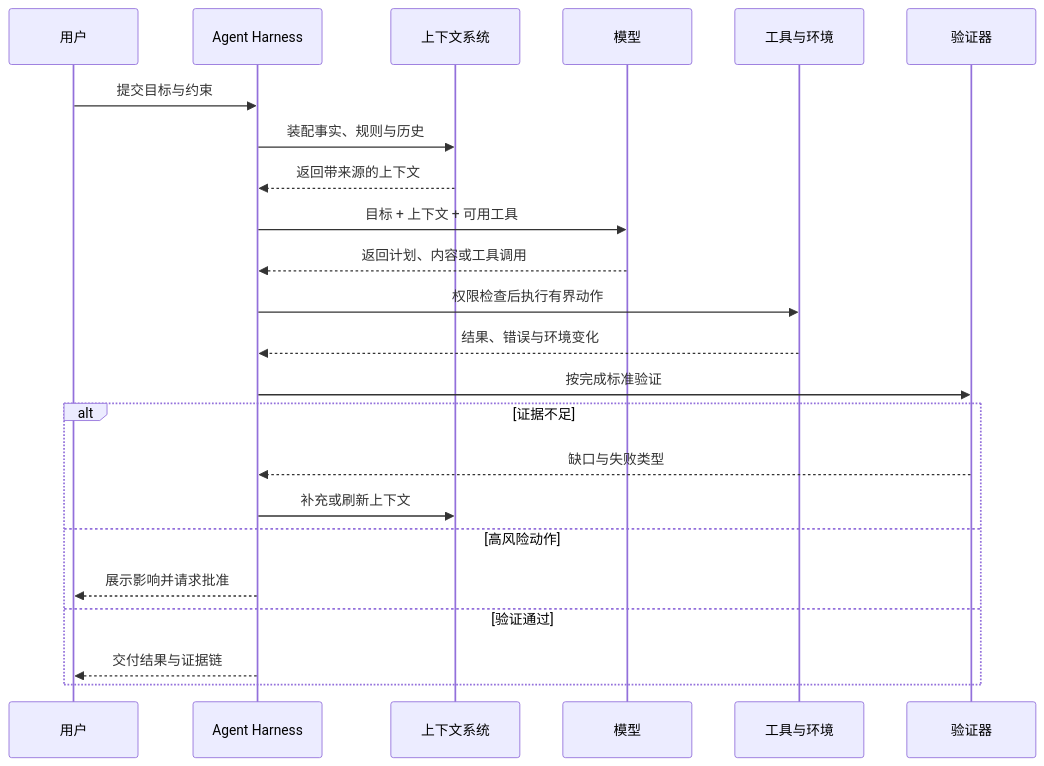
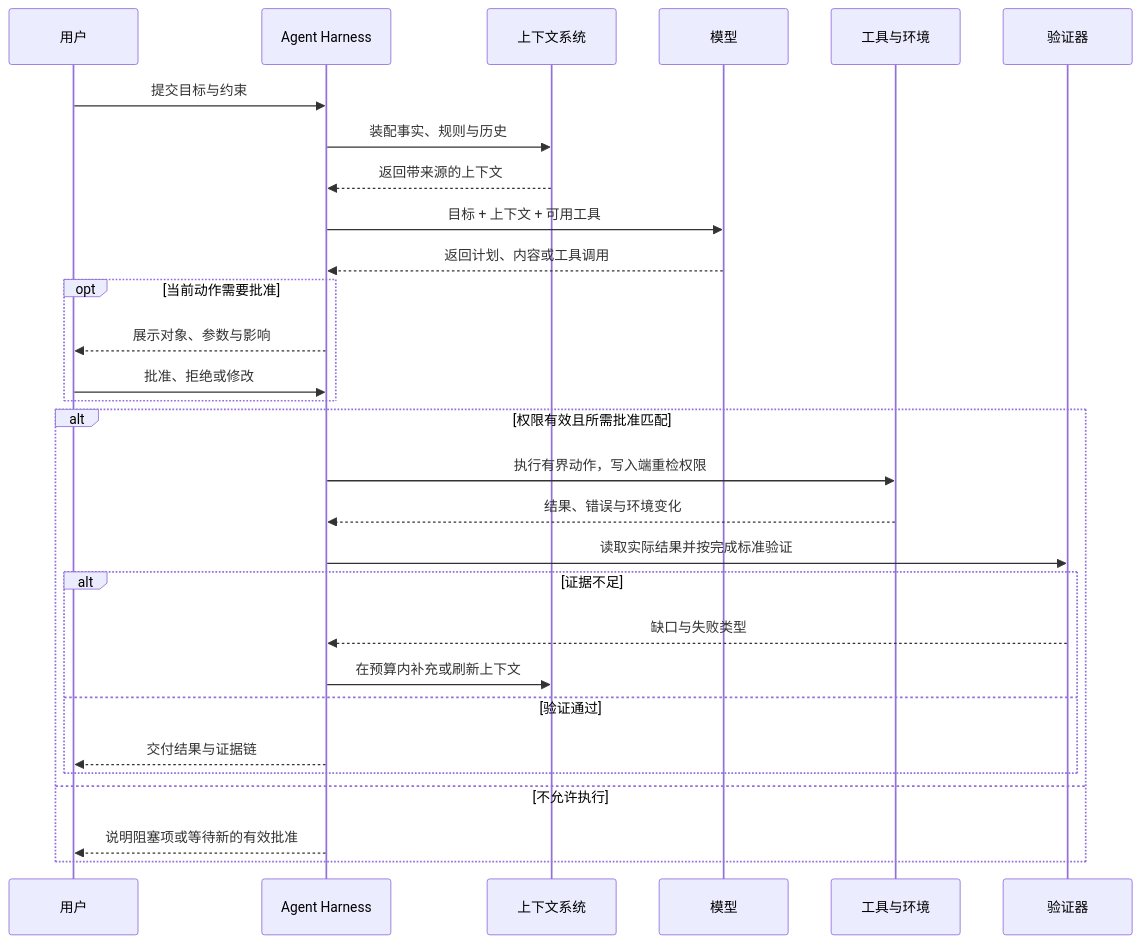
One commit to MarkingYang/aidea-lab changed the second of 2 diagrams in src/content/writing/product-work-methodology.md. Above: the diagram before and after it, drawn with Mermaid. The commit also changed other lines of this file and 106 other files, not shown here.

Commit message:
content: complete full editorial optimization and harness architecture guide

````diff
--- a/src/content/writing/product-work-methodology.md
+++ b/src/content/writing/product-work-methodology.md
@@ -159,26 +147,32 @@
 ```mermaid
 sequenceDiagram
   participant U as 用户
   participant H as Agent Harness
   participant C as 上下文系统
   participant M as 模型
   participant T as 工具与环境
   participant E as 验证器
 
 U->>H: 提交目标与约束
   H->>C: 装配事实、规则与历史
   C-->>H: 返回带来源的上下文
   H->>M: 目标 + 上下文 + 可用工具
   M-->>H: 返回计划、内容或工具调用
-  H->>T: 权限检查后执行有界动作
-  T-->>H: 结果、错误与环境变化
-  H->>E: 按完成标准验证
-  alt 证据不足
-    E-->>H: 缺口与失败类型
-    H->>C: 补充或刷新上下文
-  else 高风险动作
-    H-->>U: 展示影响并请求批准
-  else 验证通过
-    H-->>U: 交付结果与证据链
+  opt 当前动作需要批准
+    H-->>U: 展示对象、参数与影响
+    U->>H: 批准、拒绝或修改
+  end
+  alt 权限有效且所需批准匹配
+    H->>T: 执行有界动作，写入端重检权限
+    T-->>H: 结果、错误与环境变化
+    H->>E: 读取实际结果并按完成标准验证
+    alt 证据不足
+      E-->>H: 缺口与失败类型
+      H->>C: 在预算内补充或刷新上下文
+    else 验证通过
+      H-->>U: 交付结果与证据链
+    end
+  else 不允许执行
+    H-->>U: 说明阻塞项或等待新的有效批准
   end
 ```
````
